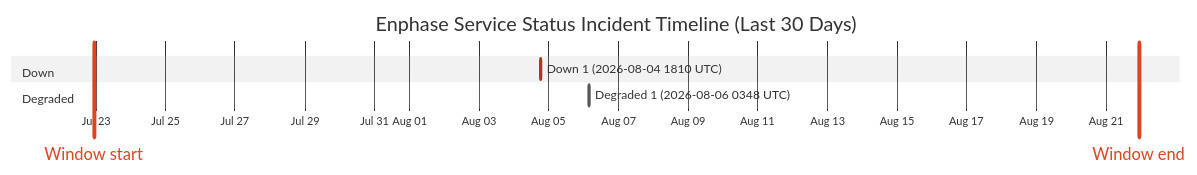
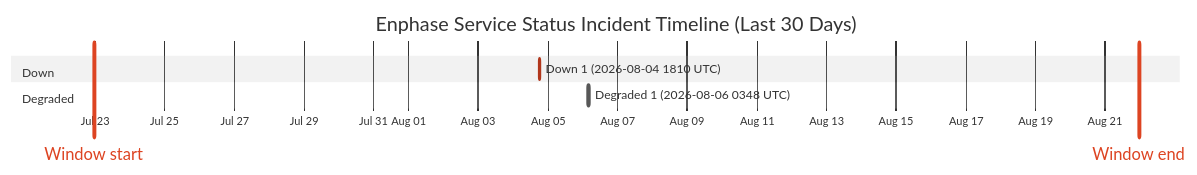
The diagram in wiki/Service-Status-History.md (barneyonline/ha-enphase-energy), drawn with Mermaid (neutral theme) before and after one commit. The commit also changed other lines of this file and 3 other files, not shown here.

````diff
--- a/wiki/Service-Status-History.md
+++ b/wiki/Service-Status-History.md
@@ -14,12 +14,12 @@
 ```mermaid
 gantt
     title Enphase Service Status Incident Timeline (Last 30 Days)
     dateFormat  YYYY-MM-DDTHH:mm:ss
     axisFormat  %b %d
-    Window start :vert, window-start, 2026-07-22T22:50:11, 0ms
-    Window end :vert, window-end, 2026-08-21T22:50:11, 0ms
+    Window start :vert, window-start, 2026-07-22T23:21:18, 0ms
+    Window end :vert, window-end, 2026-08-21T23:21:18, 0ms
     section Down
     Down 1 (2026-08-04 1810 UTC) :crit, down-1, 2026-08-04T18:10:46, 60m
     section Degraded
     Degraded 1 (2026-08-06 0348 UTC) :active, degraded-1, 2026-08-06T03:48:14, 60m
 ```
````
